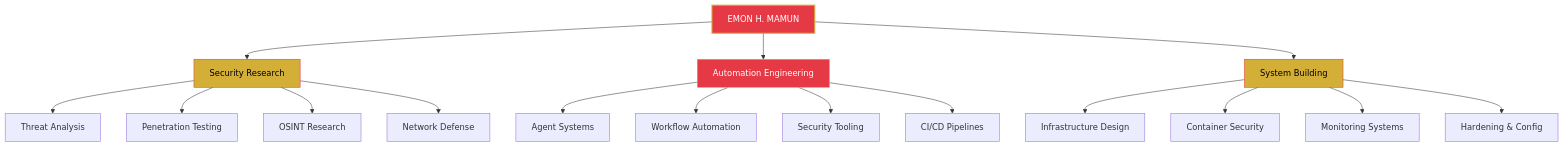
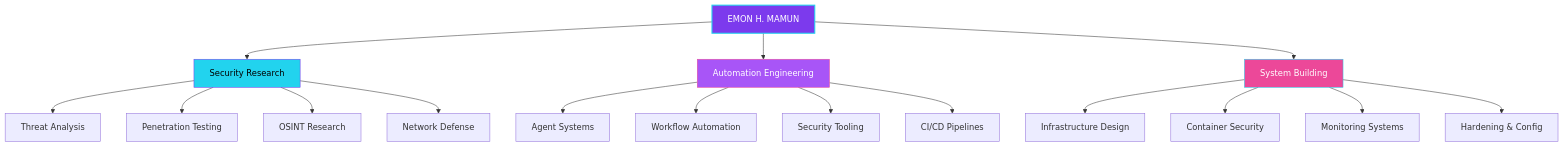
One commit to emonhmamun/emonhmamun changed the first of 2 diagrams in README.md. Above: the diagram before and after it, drawn with Mermaid. The commit also changed other lines of this file and 2 other files, not shown here.

````diff
--- a/README.md
+++ b/README.md
@@ -250,26 +300,26 @@
 ```mermaid
 graph TD
     A[EMON H. MAMUN] --> B[Security Research]
     A --> C[Automation Engineering]
     A --> D[System Building]
 
     B --> B1[Threat Analysis]
     B --> B2[Penetration Testing]
     B --> B3[OSINT Research]
     B --> B4[Network Defense]
 
     C --> C1[Agent Systems]
     C --> C2[Workflow Automation]
     C --> C3[Security Tooling]
     C --> C4[CI/CD Pipelines]
 
     D --> D1[Infrastructure Design]
     D --> D2[Container Security]
     D --> D3[Monitoring Systems]
     D --> D4[Hardening & Config]
 
-    style A fill:#E63946,stroke:#D4AF37,color:#fff,stroke-width:2px
-    style B fill:#D4AF37,stroke:#E63946,color:#000
-    style C fill:#E63946,stroke:#D4AF37,color:#fff
-    style D fill:#D4AF37,stroke:#E63946,color:#000
+    style A fill:#7C3AED,stroke:#22D3EE,color:#fff,stroke-width:2px
+    style B fill:#22D3EE,stroke:#7C3AED,color:#000
+    style C fill:#A855F7,stroke:#EC4899,color:#fff
+    style D fill:#EC4899,stroke:#22D3EE,color:#fff
 ```
````
